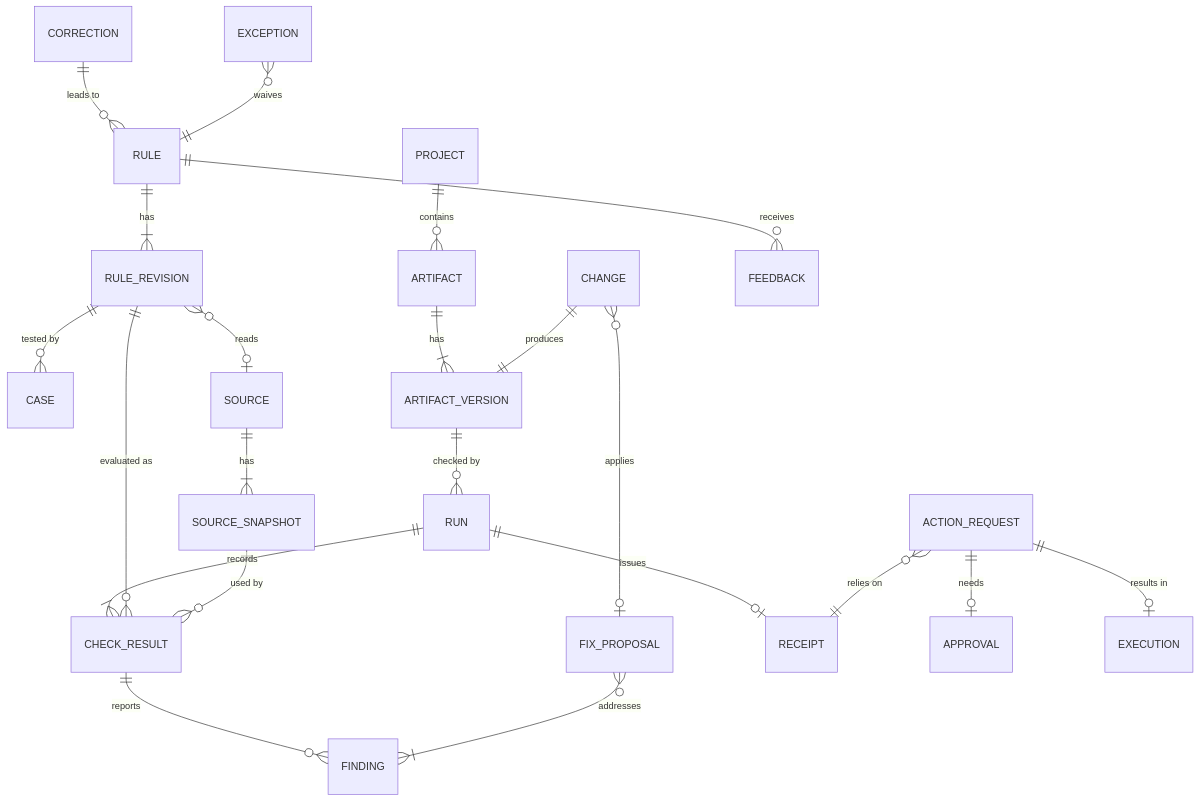
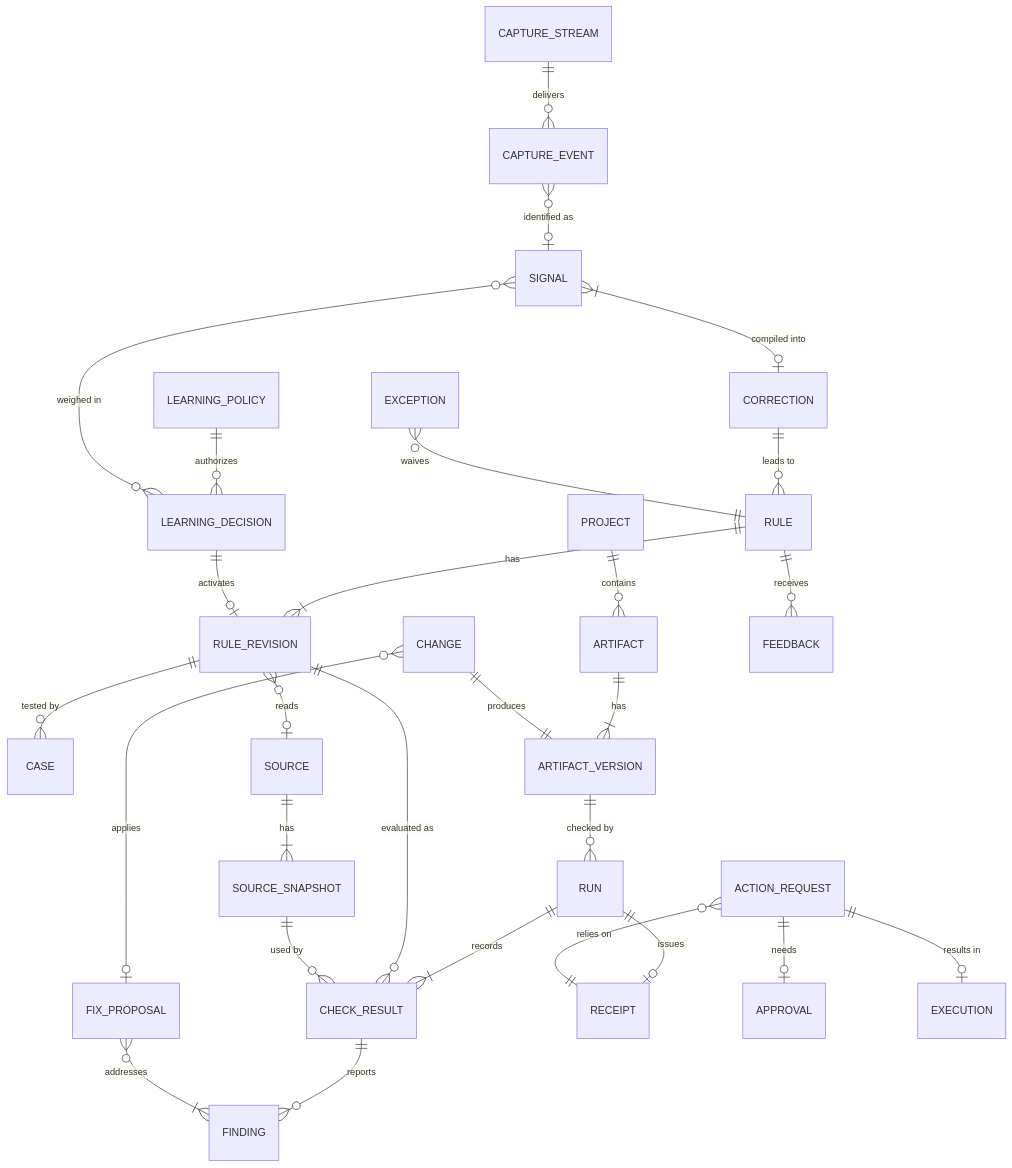
One commit to somethingwentwell/correction-layer changed the diagram in docs/02-observability.md. Above: the diagram before and after it, drawn with Mermaid. The commit also changed other lines of this file and 42 other files, not shown here.

````diff
--- a/docs/02-observability.md
+++ b/docs/02-observability.md
@@ -46,24 +49,30 @@
 ```mermaid
 erDiagram
     CORRECTION ||--o{ RULE : "leads to"
     RULE ||--|{ RULE_REVISION : "has"
     RULE_REVISION ||--o{ CASE : "tested by"
     RULE_REVISION }o--o| SOURCE : "reads"
     SOURCE ||--|{ SOURCE_SNAPSHOT : "has"
     PROJECT ||--o{ ARTIFACT : "contains"
     ARTIFACT ||--|{ ARTIFACT_VERSION : "has"
     ARTIFACT_VERSION ||--o{ RUN : "checked by"
     RUN ||--|{ CHECK_RESULT : "records"
     RULE_REVISION ||--o{ CHECK_RESULT : "evaluated as"
     SOURCE_SNAPSHOT ||--o{ CHECK_RESULT : "used by"
     CHECK_RESULT ||--o{ FINDING : "reports"
     FIX_PROPOSAL }o--|{ FINDING : "addresses"
     CHANGE }o--o| FIX_PROPOSAL : "applies"
     CHANGE ||--|| ARTIFACT_VERSION : "produces"
     RUN ||--o| RECEIPT : "issues"
     ACTION_REQUEST }o--|| RECEIPT : "relies on"
     ACTION_REQUEST ||--o| APPROVAL : "needs"
     ACTION_REQUEST ||--o| EXECUTION : "results in"
     EXCEPTION }o--|| RULE : "waives"
     RULE ||--o{ FEEDBACK : "receives"
+    CAPTURE_STREAM ||--o{ CAPTURE_EVENT : "delivers"
+    CAPTURE_EVENT }o--o| SIGNAL : "identified as"
+    SIGNAL }|--o| CORRECTION : "compiled into"
+    LEARNING_POLICY ||--o{ LEARNING_DECISION : "authorizes"
+    LEARNING_DECISION ||--o| RULE_REVISION : "activates"
+    SIGNAL }o--o{ LEARNING_DECISION : "weighed in"
 ```
````
